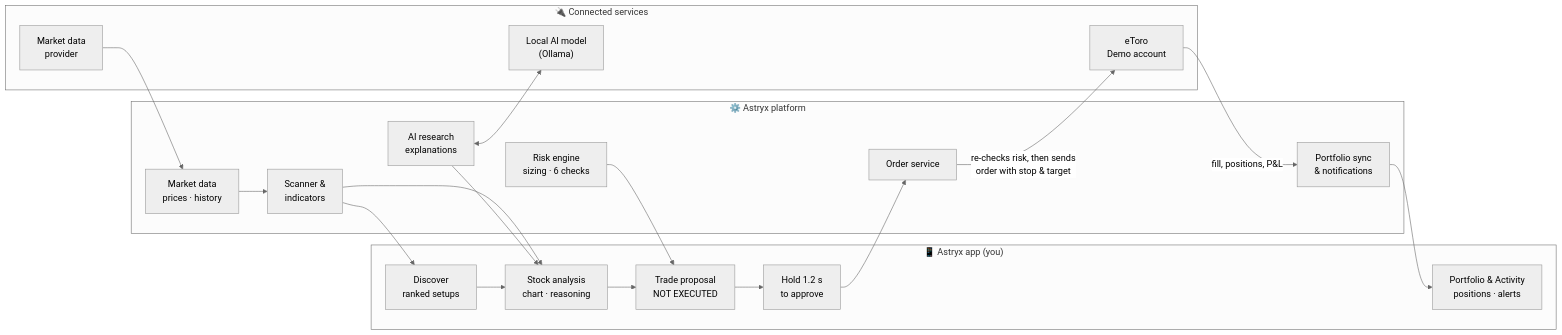
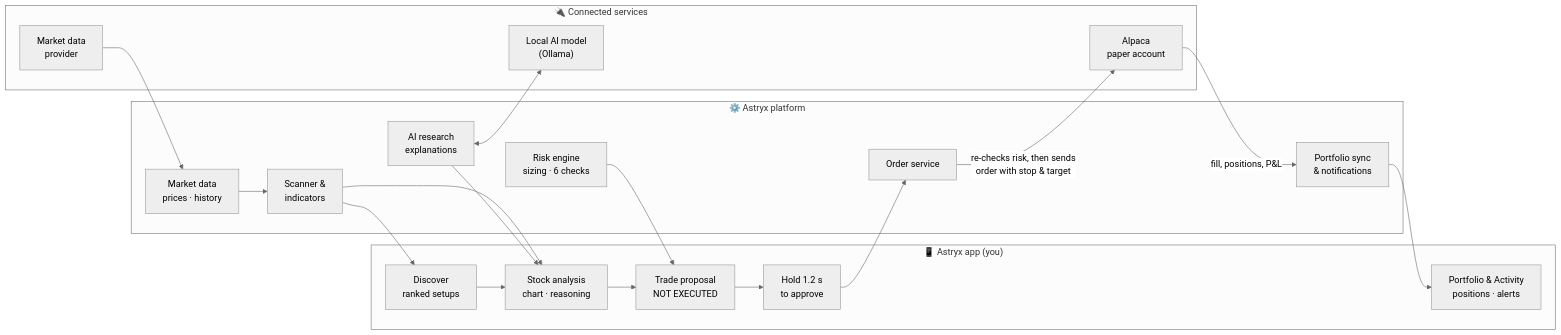
The diagram in docs/PRODUCT_FLOW.md (alexanderalkhazov/astryx), drawn with Mermaid (neutral theme) before and after one commit. The commit also changed other lines of this file and 23 other files, not shown here.

First line of the commit message:
PLAN feat: replace eToro with Alpaca as the brokerage (ADR-023)

````diff
--- a/docs/PRODUCT_FLOW.md
+++ b/docs/PRODUCT_FLOW.md
@@ -7,36 +7,36 @@
 ```mermaid
 flowchart LR
     subgraph App["📱 Astryx app (you)"]
         A1["Discover<br/>ranked setups"]
         A2["Stock analysis<br/>chart · reasoning"]
         A3["Trade proposal<br/>NOT EXECUTED"]
         A4["Hold 1.2 s<br/>to approve"]
         A5["Portfolio & Activity<br/>positions · alerts"]
     end
 
     subgraph Platform["⚙️ Astryx platform"]
         P1["Market data<br/>prices · history"]
         P2["Scanner &<br/>indicators"]
         P3["AI research<br/>explanations"]
         P4["Risk engine<br/>sizing · 6 checks"]
         P5["Order service"]
         P6["Portfolio sync<br/>& notifications"]
     end
 
     subgraph Services["🔌 Connected services"]
         S1["Market data<br/>provider"]
         S2["Local AI model<br/>(Ollama)"]
-        S3["eToro<br/>Demo account"]
+        S3["Alpaca<br/>paper account"]
     end
 
     S1 --> P1 --> P2 --> A1
     A1 --> A2
     P2 --> A2
     P3 <--> S2
     P3 --> A2
     A2 --> A3
     P4 --> A3
     A3 --> A4 --> P5
     P5 -->|"re-checks risk, then sends<br/>order with stop & target"| S3
     S3 -->|"fill, positions, P&L"| P6 --> A5
 ```
````
